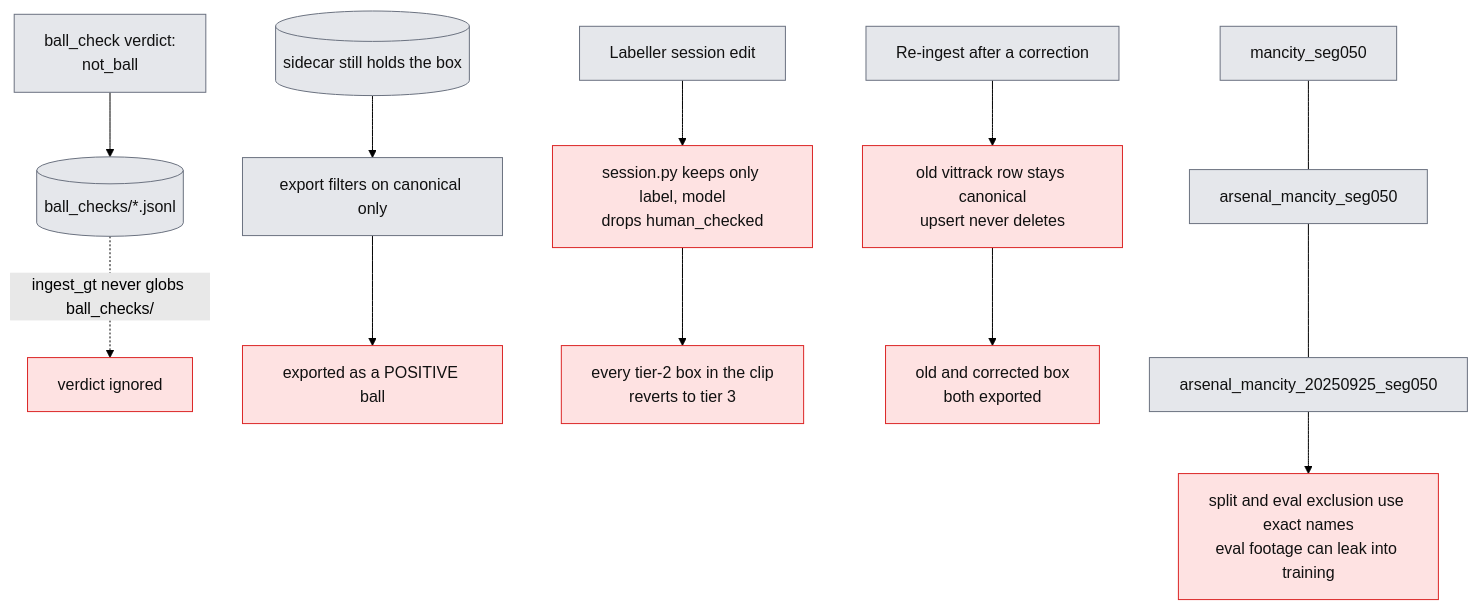
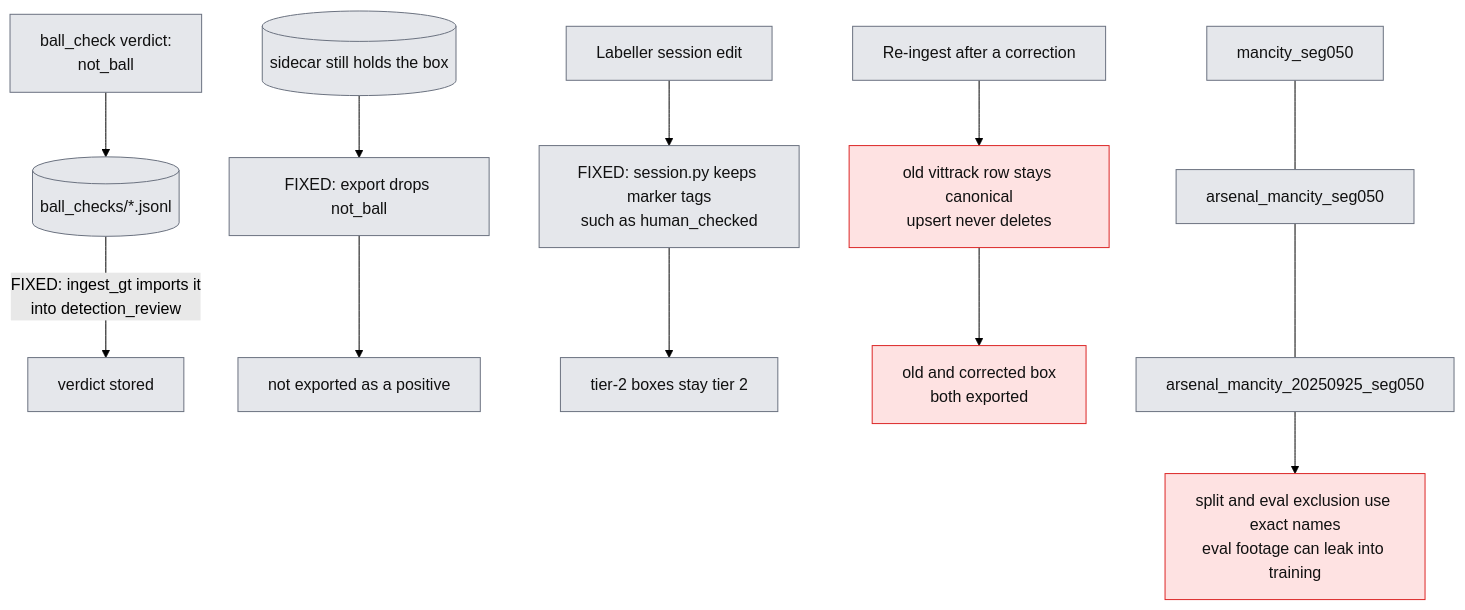
Before and after one commit to egroeg121/footy-track: the fourth of 5 diagrams in docs/architecture.md, drawn with Mermaid (forest theme). The commit also changed other lines of this file and 8 other files, not shown here.

````diff
--- a/docs/architecture.md
+++ b/docs/architecture.md
@@ -100,16 +107,16 @@
 ```mermaid
 flowchart TB
   classDef bad fill:#fee2e2,stroke:#dc2626,color:#111
   classDef ok fill:#e5e7eb,stroke:#6b7280,color:#111
 
   V["ball_check verdict:<br/>not_ball"]:::ok --> VF[("ball_checks/*.jsonl")]:::ok
-  VF -. "ingest_gt never globs ball_checks/" .-> X1["verdict ignored"]:::bad
-  SC[("sidecar still holds the box")]:::ok --> EXPQ["export filters on canonical only"]:::ok --> POS["exported as a POSITIVE ball"]:::bad
+  VF -- "FIXED: ingest_gt imports it<br/>into detection_review" --> X1["verdict stored"]:::ok
+  SC[("sidecar still holds the box")]:::ok --> EXPQ["FIXED: export drops not_ball"]:::ok --> POS["not exported as a positive"]:::ok
 
-  S1["Labeller session edit"]:::ok --> STRIP["session.py keeps only label, model<br/>drops human_checked"]:::bad --> T3["every tier-2 box in the clip<br/>reverts to tier 3"]:::bad
+  S1["Labeller session edit"]:::ok --> STRIP["FIXED: session.py keeps marker tags<br/>such as human_checked"]:::ok --> T3["tier-2 boxes stay tier 2"]:::ok
 
   RI["Re-ingest after a correction"]:::ok --> GH["old vittrack row stays canonical<br/>upsert never deletes"]:::bad --> BOTH["old and corrected box<br/>both exported"]:::bad
 
   A1["mancity_seg050"]:::ok --- A2["arsenal_mancity_seg050"]:::ok --- A3["arsenal_mancity_20250925_seg050"]:::ok
   A3 --> LEAK["split and eval exclusion use exact names<br/>eval footage can leak into training"]:::bad
 ```
````
